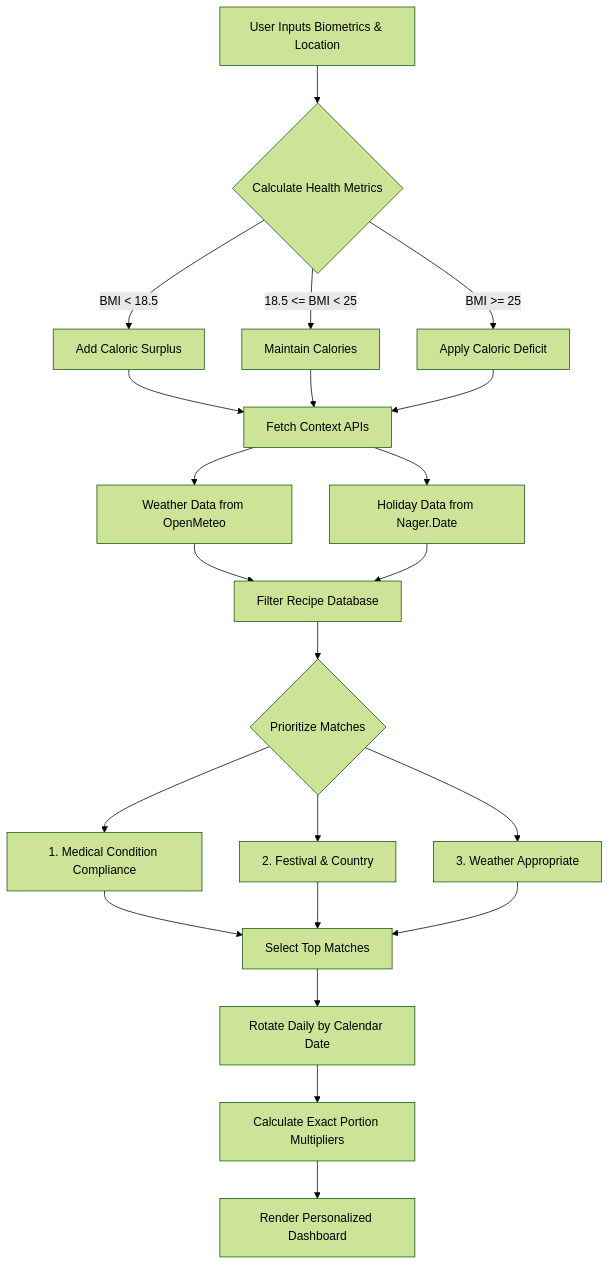
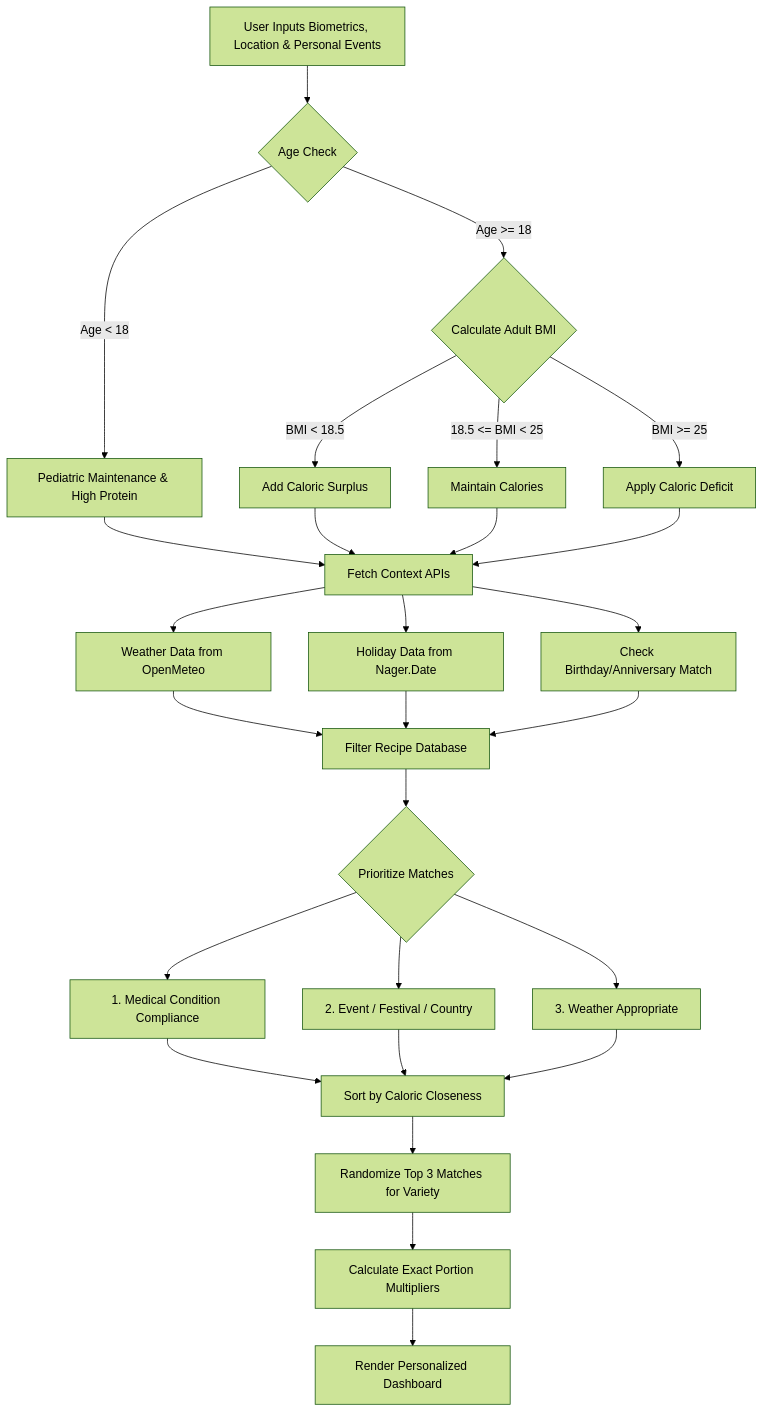
Before and after one commit to parul-gupta-genai/vegetarian-meal-planner: the diagram in README.md, drawn with Mermaid (forest theme).

Commit message:
Update flowchart to accurately map pediatric checks, event scheduling, and randomness

````diff
--- a/README.md
+++ b/README.md
@@ -31,30 +31,37 @@
 ```mermaid
 graph TD
-    A[User Inputs Biometrics & Location] --> B{Calculate Health Metrics}
-    B -->|BMI < 18.5| C[Add Caloric Surplus]
-    B -->|18.5 <= BMI < 25| D[Maintain Calories]
-    B -->|BMI >= 25| E[Apply Caloric Deficit]
+    A[User Inputs Biometrics, Location & Personal Events] --> B{Age Check}
     
-    C --> F[Fetch Context APIs]
+    B -->|Age < 18| PEDIATRIC[Pediatric Maintenance & High Protein]
+    B -->|Age >= 18| ADULT{Calculate Adult BMI}
+    
+    ADULT -->|BMI < 18.5| C[Add Caloric Surplus]
+    ADULT -->|18.5 <= BMI < 25| D[Maintain Calories]
+    ADULT -->|BMI >= 25| E[Apply Caloric Deficit]
+    
+    PEDIATRIC --> F[Fetch Context APIs]
+    C --> F
     D --> F
     E --> F
     
     F --> G[Weather Data from OpenMeteo]
     F --> H[Holiday Data from Nager.Date]
+    F --> EVENT[Check Birthday/Anniversary Match]
     
     G --> I[Filter Recipe Database]
     H --> I
+    EVENT --> I
     
     I --> J{Prioritize Matches}
     J --> K[1. Medical Condition Compliance]
-    J --> L[2. Festival & Country]
+    J --> L[2. Event / Festival / Country]
     J --> M[3. Weather Appropriate]
     
-    K --> N[Select Top Matches]
+    K --> N[Sort by Caloric Closeness]
     L --> N
     M --> N
     
-    N --> O[Rotate Daily by Calendar Date]
+    N --> O[Randomize Top 3 Matches for Variety]
     O --> P[Calculate Exact Portion Multipliers]
     P --> Q[Render Personalized Dashboard]
 ```
````
